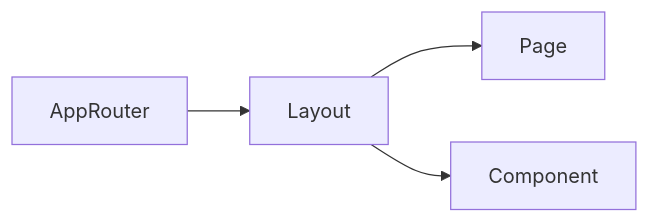
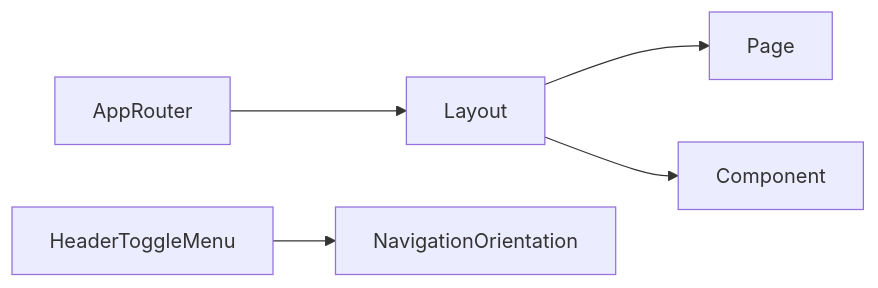
Before and after one commit to ipavic933-spec/website-pavic: the diagram in lode/terminology.md, drawn with Mermaid. The commit also changed other lines of this file and 4 other files, not shown here.

````diff
--- a/lode/terminology.md
+++ b/lode/terminology.md
@@ -17,6 +19,7 @@
 ```mermaid
 graph LR
   AppRouter --> Layout
   Layout --> Page
   Layout --> Component
+  HeaderToggleMenu --> NavigationOrientation
 ```
````
